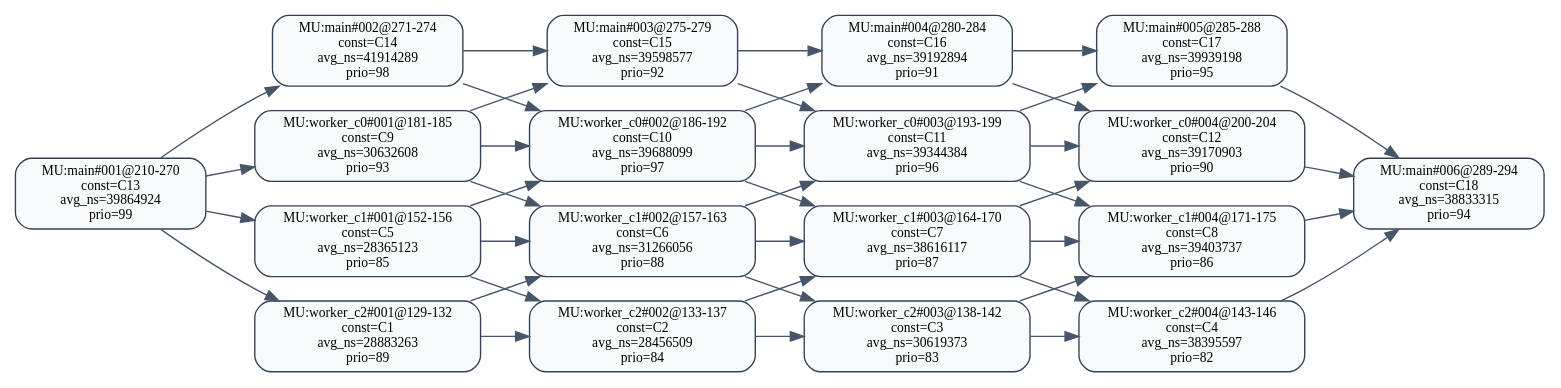
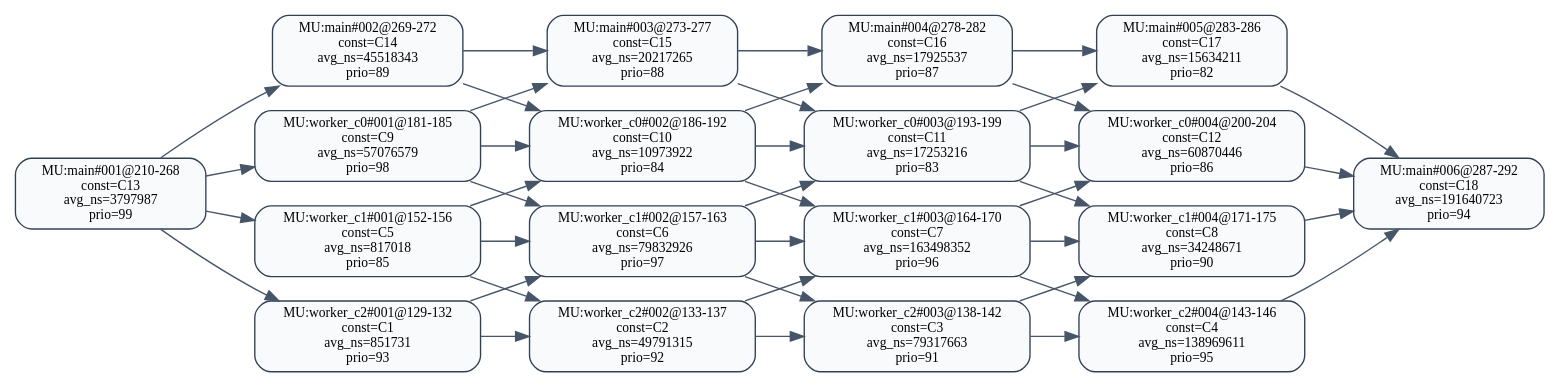
One commit to RTS-SYSU/DAG-Gen changed the diagram in 中间结果/zhang3/pipeline/validation/level2/effective_line_merge/cpf/dag_seg_annotated.dot. Above: the diagram before and after it, drawn with Graphviz. The commit also changed 1980 other files, not shown here.

```diff
--- a/中间结果/zhang3/pipeline/validation/level2/effective_line_merge/cpf/dag_seg_annotated.dot
+++ b/中间结果/zhang3/pipeline/validation/level2/effective_line_merge/cpf/dag_seg_annotated.dot
@@ -1,61 +1,61 @@
 digraph dag_seg_annotated {
   rankdir=LR;
   node [shape=box, style="rounded,filled", fillcolor="#F8FAFC", color="#334155", fontsize=10];
   edge [color="#475569"];
-  "MU:main#001@210-270" [label="MU:main#001@210-270\nconst=C13\navg_ns=39864924\nprio=99"];
-  "MU:main#002@271-274" [label="MU:main#002@271-274\nconst=C14\navg_ns=41914289\nprio=98"];
-  "MU:main#003@275-279" [label="MU:main#003@275-279\nconst=C15\navg_ns=39598577\nprio=92"];
-  "MU:main#004@280-284" [label="MU:main#004@280-284\nconst=C16\navg_ns=39192894\nprio=91"];
-  "MU:main#005@285-288" [label="MU:main#005@285-288\nconst=C17\navg_ns=39939198\nprio=95"];
-  "MU:main#006@289-294" [label="MU:main#006@289-294\nconst=C18\navg_ns=38833315\nprio=94"];
-  "MU:worker_c0#001@181-185" [label="MU:worker_c0#001@181-185\nconst=C9\navg_ns=30632608\nprio=93"];
-  "MU:worker_c0#002@186-192" [label="MU:worker_c0#002@186-192\nconst=C10\navg_ns=39688099\nprio=97"];
-  "MU:worker_c0#003@193-199" [label="MU:worker_c0#003@193-199\nconst=C11\navg_ns=39344384\nprio=96"];
-  "MU:worker_c0#004@200-204" [label="MU:worker_c0#004@200-204\nconst=C12\navg_ns=39170903\nprio=90"];
-  "MU:worker_c1#001@152-156" [label="MU:worker_c1#001@152-156\nconst=C5\navg_ns=28365123\nprio=85"];
-  "MU:worker_c1#002@157-163" [label="MU:worker_c1#002@157-163\nconst=C6\navg_ns=31266056\nprio=88"];
-  "MU:worker_c1#003@164-170" [label="MU:worker_c1#003@164-170\nconst=C7\navg_ns=38616117\nprio=87"];
-  "MU:worker_c1#004@171-175" [label="MU:worker_c1#004@171-175\nconst=C8\navg_ns=39403737\nprio=86"];
-  "MU:worker_c2#001@129-132" [label="MU:worker_c2#001@129-132\nconst=C1\navg_ns=28883263\nprio=89"];
-  "MU:worker_c2#002@133-137" [label="MU:worker_c2#002@133-137\nconst=C2\navg_ns=28456509\nprio=84"];
-  "MU:worker_c2#003@138-142" [label="MU:worker_c2#003@138-142\nconst=C3\navg_ns=30619373\nprio=83"];
-  "MU:worker_c2#004@143-146" [label="MU:worker_c2#004@143-146\nconst=C4\navg_ns=38395597\nprio=82"];
+  "MU:main#001@210-268" [label="MU:main#001@210-268\nconst=C13\navg_ns=3797987\nprio=99"];
+  "MU:main#002@269-272" [label="MU:main#002@269-272\nconst=C14\navg_ns=45518343\nprio=89"];
+  "MU:main#003@273-277" [label="MU:main#003@273-277\nconst=C15\navg_ns=20217265\nprio=88"];
+  "MU:main#004@278-282" [label="MU:main#004@278-282\nconst=C16\navg_ns=17925537\nprio=87"];
+  "MU:main#005@283-286" [label="MU:main#005@283-286\nconst=C17\navg_ns=15634211\nprio=82"];
+  "MU:main#006@287-292" [label="MU:main#006@287-292\nconst=C18\navg_ns=191640723\nprio=94"];
+  "MU:worker_c0#001@181-185" [label="MU:worker_c0#001@181-185\nconst=C9\navg_ns=57076579\nprio=98"];
+  "MU:worker_c0#002@186-192" [label="MU:worker_c0#002@186-192\nconst=C10\navg_ns=10973922\nprio=84"];
+  "MU:worker_c0#003@193-199" [label="MU:worker_c0#003@193-199\nconst=C11\navg_ns=17253216\nprio=83"];
+  "MU:worker_c0#004@200-204" [label="MU:worker_c0#004@200-204\nconst=C12\navg_ns=60870446\nprio=86"];
+  "MU:worker_c1#001@152-156" [label="MU:worker_c1#001@152-156\nconst=C5\navg_ns=817018\nprio=85"];
+  "MU:worker_c1#002@157-163" [label="MU:worker_c1#002@157-163\nconst=C6\navg_ns=79832926\nprio=97"];
+  "MU:worker_c1#003@164-170" [label="MU:worker_c1#003@164-170\nconst=C7\navg_ns=163498352\nprio=96"];
+  "MU:worker_c1#004@171-175" [label="MU:worker_c1#004@171-175\nconst=C8\navg_ns=34248671\nprio=90"];
+  "MU:worker_c2#001@129-132" [label="MU:worker_c2#001@129-132\nconst=C1\navg_ns=851731\nprio=93"];
+  "MU:worker_c2#002@133-137" [label="MU:worker_c2#002@133-137\nconst=C2\navg_ns=49791315\nprio=92"];
+  "MU:worker_c2#003@138-142" [label="MU:worker_c2#003@138-142\nconst=C3\navg_ns=79317663\nprio=91"];
+  "MU:worker_c2#004@143-146" [label="MU:worker_c2#004@143-146\nconst=C4\navg_ns=138969611\nprio=95"];
   "MU:worker_c2#001@129-132" -> "MU:worker_c2#002@133-137";
   "MU:worker_c2#002@133-137" -> "MU:worker_c2#003@138-142";
   "MU:worker_c2#003@138-142" -> "MU:worker_c2#004@143-146";
   "MU:worker_c1#001@152-156" -> "MU:worker_c1#002@157-163";
   "MU:worker_c1#002@157-163" -> "MU:worker_c1#003@164-170";
   "MU:worker_c1#003@164-170" -> "MU:worker_c1#004@171-175";
   "MU:worker_c0#001@181-185" -> "MU:worker_c0#002@186-192";
   "MU:worker_c0#002@186-192" -> "MU:worker_c0#003@193-199";
   "MU:worker_c0#003@193-199" -> "MU:worker_c0#004@200-204";
-  "MU:main#001@210-270" -> "MU:main#002@271-274";
-  "MU:main#002@271-274" -> "MU:main#003@275-279";
-  "MU:main#003@275-279" -> "MU:main#004@280-284";
-  "MU:main#004@280-284" -> "MU:main#005@285-288";
-  "MU:main#005@285-288" -> "MU:main#006@289-294";
-  "MU:main#001@210-270" -> "MU:worker_c0#001@181-185";
-  "MU:main#001@210-270" -> "MU:worker_c1#001@152-156";
-  "MU:main#001@210-270" -> "MU:worker_c2#001@129-132";
-  "MU:worker_c0#004@200-204" -> "MU:main#006@289-294";
-  "MU:worker_c1#004@171-175" -> "MU:main#006@289-294";
-  "MU:worker_c2#004@143-146" -> "MU:main#006@289-294";
+  "MU:main#001@210-268" -> "MU:main#002@269-272";
+  "MU:main#002@269-272" -> "MU:main#003@273-277";
+  "MU:main#003@273-277" -> "MU:main#004@278-282";
+  "MU:main#004@278-282" -> "MU:main#005@283-286";
+  "MU:main#005@283-286" -> "MU:main#006@287-292";
+  "MU:main#001@210-268" -> "MU:worker_c0#001@181-185";
+  "MU:main#001@210-268" -> "MU:worker_c1#001@152-156";
+  "MU:main#001@210-268" -> "MU:worker_c2#001@129-132";
+  "MU:worker_c0#004@200-204" -> "MU:main#006@287-292";
+  "MU:worker_c1#004@171-175" -> "MU:main#006@287-292";
+  "MU:worker_c2#004@143-146" -> "MU:main#006@287-292";
   "MU:worker_c2#001@129-132" -> "MU:worker_c1#002@157-163";
   "MU:worker_c1#001@152-156" -> "MU:worker_c2#002@133-137";
   "MU:worker_c2#002@133-137" -> "MU:worker_c1#003@164-170";
   "MU:worker_c1#002@157-163" -> "MU:worker_c2#003@138-142";
   "MU:worker_c2#003@138-142" -> "MU:worker_c1#004@171-175";
   "MU:worker_c1#003@164-170" -> "MU:worker_c2#004@143-146";
   "MU:worker_c1#001@152-156" -> "MU:worker_c0#002@186-192";
   "MU:worker_c0#001@181-185" -> "MU:worker_c1#002@157-163";
   "MU:worker_c1#002@157-163" -> "MU:worker_c0#003@193-199";
   "MU:worker_c0#002@186-192" -> "MU:worker_c1#003@164-170";
   "MU:worker_c1#003@164-170" -> "MU:worker_c0#004@200-204";
   "MU:worker_c0#003@193-199" -> "MU:worker_c1#004@171-175";
-  "MU:worker_c0#001@181-185" -> "MU:main#003@275-279";
-  "MU:main#002@271-274" -> "MU:worker_c0#002@186-192";
-  "MU:worker_c0#002@186-192" -> "MU:main#004@280-284";
-  "MU:main#003@275-279" -> "MU:worker_c0#003@193-199";
-  "MU:worker_c0#003@193-199" -> "MU:main#005@285-288";
-  "MU:main#004@280-284" -> "MU:worker_c0#004@200-204";
+  "MU:worker_c0#001@181-185" -> "MU:main#003@273-277";
+  "MU:main#002@269-272" -> "MU:worker_c0#002@186-192";
+  "MU:worker_c0#002@186-192" -> "MU:main#004@278-282";
+  "MU:main#003@273-277" -> "MU:worker_c0#003@193-199";
+  "MU:worker_c0#003@193-199" -> "MU:main#005@283-286";
+  "MU:main#004@278-282" -> "MU:worker_c0#004@200-204";
 }
```
